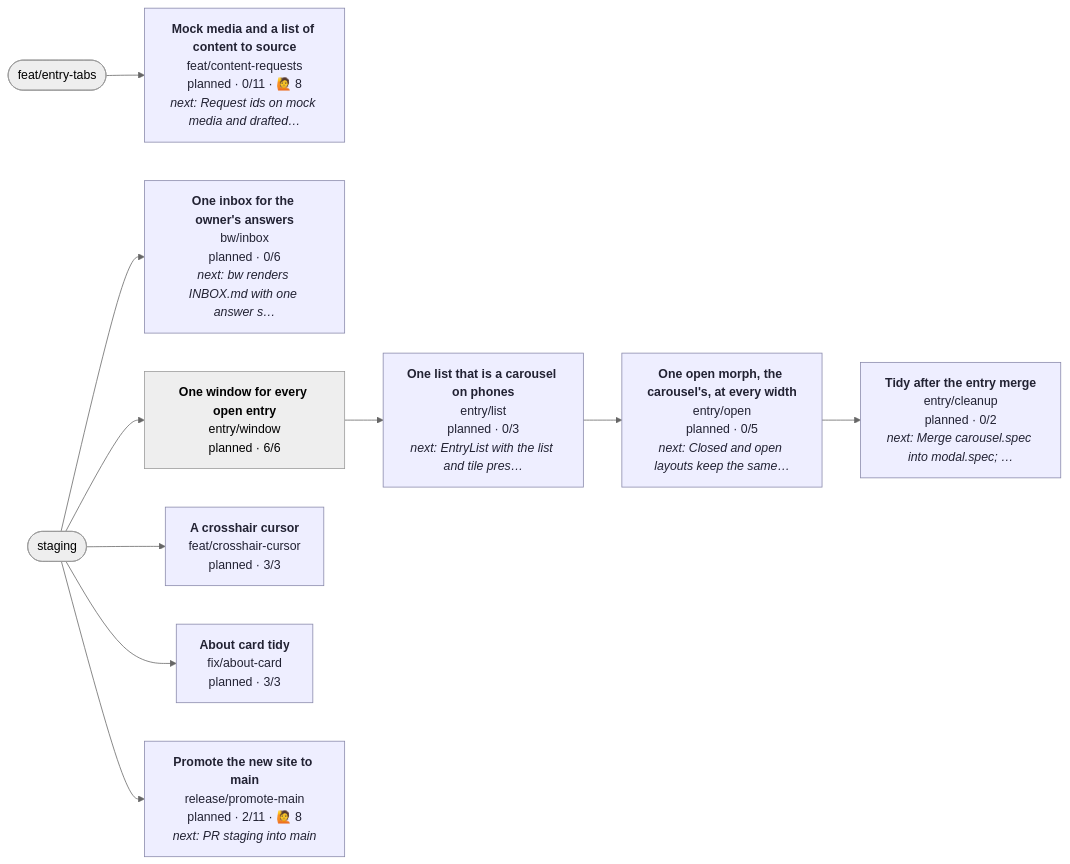
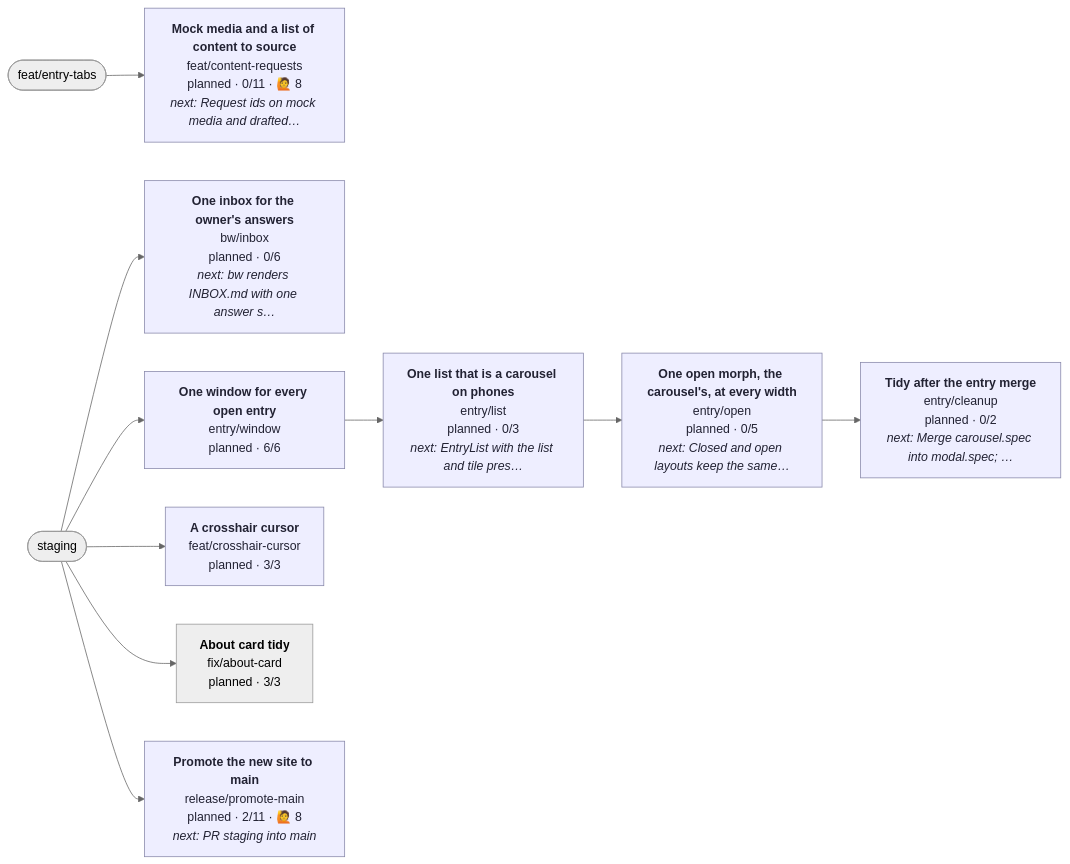
The diagram in CONTRIBUTING.md (henryjonescodes/portfolio), drawn with Mermaid (neutral theme) before and after one commit. The commit also changed other lines of this file, not shown here.

````diff
--- a/CONTRIBUTING.md
+++ b/CONTRIBUTING.md
@@ -17,37 +17,37 @@
 ```mermaid
 flowchart LR
   n_staging([staging])
   n_feat_entry_tabs([feat/entry-tabs])
   n_bw_inbox["<b>One inbox for the owner's answers</b><br/>bw/inbox<br/>planned · 0/6<br/><i>next: bw renders INBOX.md with one answer s…</i>"]
   class n_bw_inbox planned
   n_staging --> n_bw_inbox
   n_entry_cleanup["<b>Tidy after the entry merge</b><br/>entry/cleanup<br/>planned · 0/2<br/><i>next: Merge carousel.spec into modal.spec; …</i>"]
   class n_entry_cleanup planned
   n_entry_open --> n_entry_cleanup
   n_entry_list["<b>One list that is a carousel on phones</b><br/>entry/list<br/>planned · 0/3<br/><i>next: EntryList with the list and tile pres…</i>"]
   class n_entry_list planned
   n_entry_window --> n_entry_list
   n_entry_open["<b>One open morph, the carousel's, at every width</b><br/>entry/open<br/>planned · 0/5<br/><i>next: Closed and open layouts keep the same…</i>"]
   class n_entry_open planned
   n_entry_list --> n_entry_open
   n_entry_window["<b>One window for every open entry</b><br/>entry/window<br/>planned · 6/6"]
-  class n_entry_window planned,current
+  class n_entry_window planned
   n_staging --> n_entry_window
   n_feat_content_requests["<b>Mock media and a list of content to source</b><br/>feat/content-requests<br/>planned · 0/11 · 🙋 8<br/><i>next: Request ids on mock media and drafted…</i>"]
   class n_feat_content_requests planned
   n_feat_entry_tabs --> n_feat_content_requests
   n_feat_crosshair_cursor["<b>A crosshair cursor</b><br/>feat/crosshair-cursor<br/>planned · 3/3"]
   class n_feat_crosshair_cursor planned
   n_staging --> n_feat_crosshair_cursor
   n_fix_about_card["<b>About card tidy</b><br/>fix/about-card<br/>planned · 3/3"]
-  class n_fix_about_card planned
+  class n_fix_about_card planned,current
   n_staging --> n_fix_about_card
   n_release_promote_main["<b>Promote the new site to main</b><br/>release/promote-main<br/>planned · 2/11 · 🙋 8<br/><i>next: PR staging into main</i>"]
   class n_release_promote_main planned
   n_staging --> n_release_promote_main
   classDef planned fill:#eef,stroke:#88a,color:#223
   classDef active fill:#dfd,stroke:#3a3,stroke-width:3px,color:#132
   classDef blocked fill:#fdd,stroke:#c33,color:#311
   classDef review fill:#ffd,stroke:#cc3,color:#331
   classDef current stroke:#06c,stroke-width:4px
 ```
````
